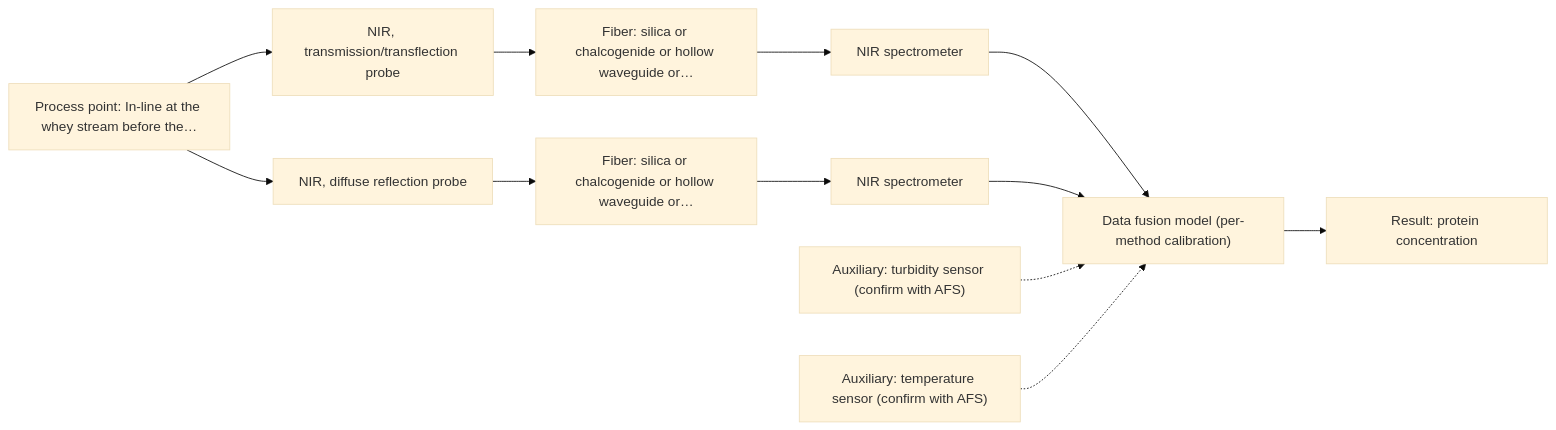
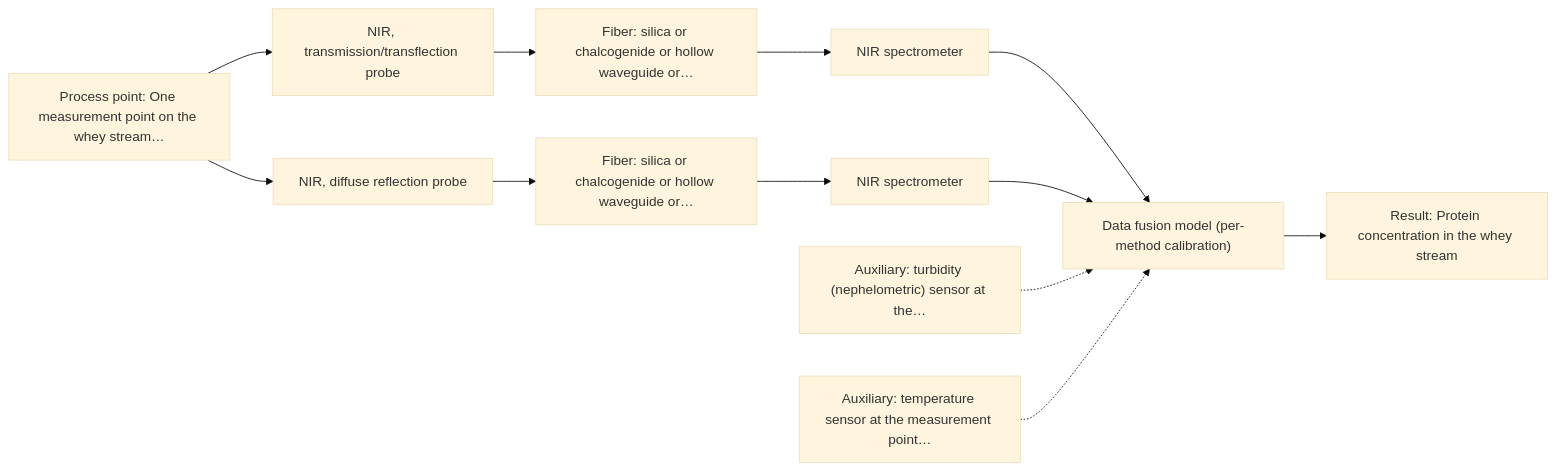
The first of 2 diagrams in outputs/dev/D03.md (sleipnir029/Afs-Spectroscopy-Assistant), drawn with Mermaid (base theme) before and after one commit. The commit also changed other lines of this file and 15 other files, not shown here.

Commit message:
3.R2 dev run outputs: 8/8 complete, 0 hard failures, 227/227 citations, 14/14 charts

````diff
--- a/outputs/dev/D03.md
+++ b/outputs/dev/D03.md
@@ -36,25 +36,25 @@
 ```mermaid
 flowchart LR
-    proc["Process point: In-line at the whey stream before the…"]
+    proc["Process point: One measurement point on the whey stream…"]
     probe1["NIR, transmission/transflection probe"]
     fiber1["Fiber: silica or chalcogenide or hollow waveguide or…"]
     spec1["NIR spectrometer"]
     probe2["NIR, diffuse reflection probe"]
     fiber2["Fiber: silica or chalcogenide or hollow waveguide or…"]
     spec2["NIR spectrometer"]
     model["Data fusion model (per-method calibration)"]
-    result["Result: protein concentration"]
-    aux1["Auxiliary: turbidity sensor (confirm with AFS)"]
-    aux2["Auxiliary: temperature sensor (confirm with AFS)"]
+    result["Result: Protein concentration in the whey stream"]
+    aux1["Auxiliary: turbidity (nephelometric) sensor at the…"]
+    aux2["Auxiliary: temperature sensor at the measurement point…"]
     proc --> probe1
     probe1 --> fiber1
     fiber1 --> spec1
     spec1 --> model
     proc --> probe2
     probe2 --> fiber2
     fiber2 --> spec2
     spec2 --> model
     model --> result
     aux1 -.-> model
     aux2 -.-> model
 ```
````
